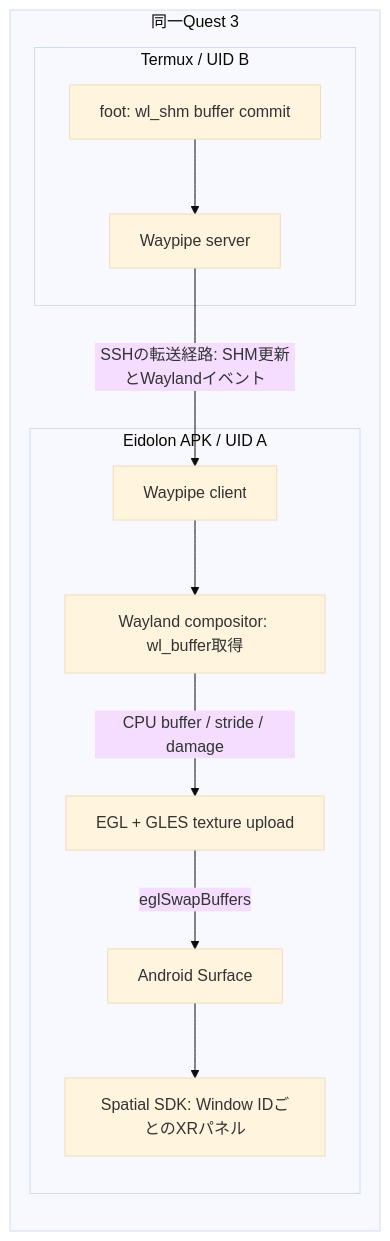
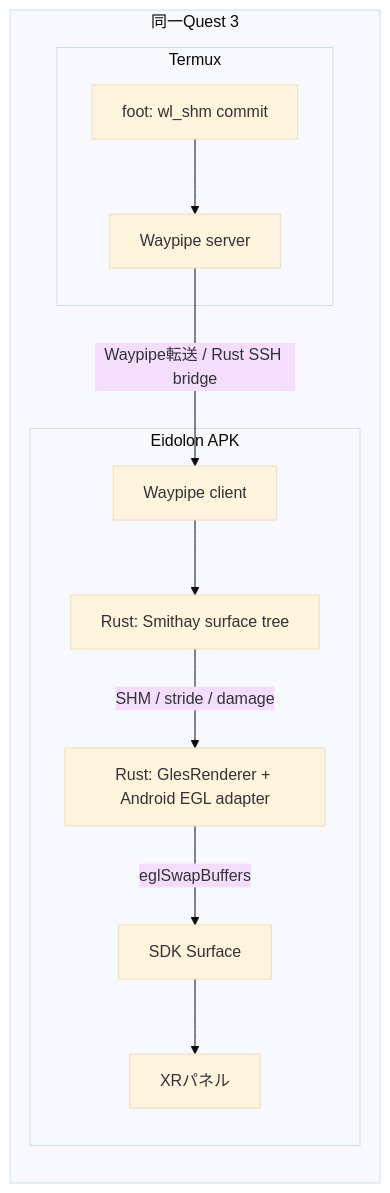
The fifth of 7 diagrams in docs/implementation-plan.md (tin-machine/eidolon-wayland), drawn with Mermaid (base theme) before and after one commit. The commit also changed other lines of this file and 9 other files, not shown here.

```diff
--- a/docs/implementation-plan.md
+++ b/docs/implementation-plan.md
@@ -200,15 +215,15 @@
 ~~~mermaid
 flowchart LR
-  subgraph QUEST["同一Quest 3" ]
-    subgraph T["Termux / UID B" ]
-      FOOT["foot: wl_shm buffer commit"] --> WS["Waypipe server"]
+  subgraph QUEST["同一Quest 3"]
+    subgraph T["Termux"]
+      FOOT["foot: wl_shm commit"] --> WS["Waypipe server"]
     end
-    subgraph APP["Eidolon APK / UID A" ]
-      WC["Waypipe client"] --> COMP["Wayland compositor: wl_buffer取得"]
-      COMP -->|"CPU buffer / stride / damage"| GL["EGL + GLES texture upload"]
-      GL -->|"eglSwapBuffers"| SURF["Android Surface"]
-      SURF --> SDK["Spatial SDK: Window IDごとのXRパネル"]
+    subgraph APP["Eidolon APK"]
+      WC["Waypipe client"] --> COMP["Rust: Smithay surface tree"]
+      COMP -->|"SHM / stride / damage"| GL["Rust: GlesRenderer + Android EGL adapter"]
+      GL -->|"eglSwapBuffers"| SURF["SDK Surface"]
+      SURF --> SDK["XRパネル"]
     end
-    WS -->|"SSHの転送経路: SHM更新とWaylandイベント"| WC
+    WS -->|"Waypipe転送 / Rust SSH bridge"| WC
   end
 ~~~
```
